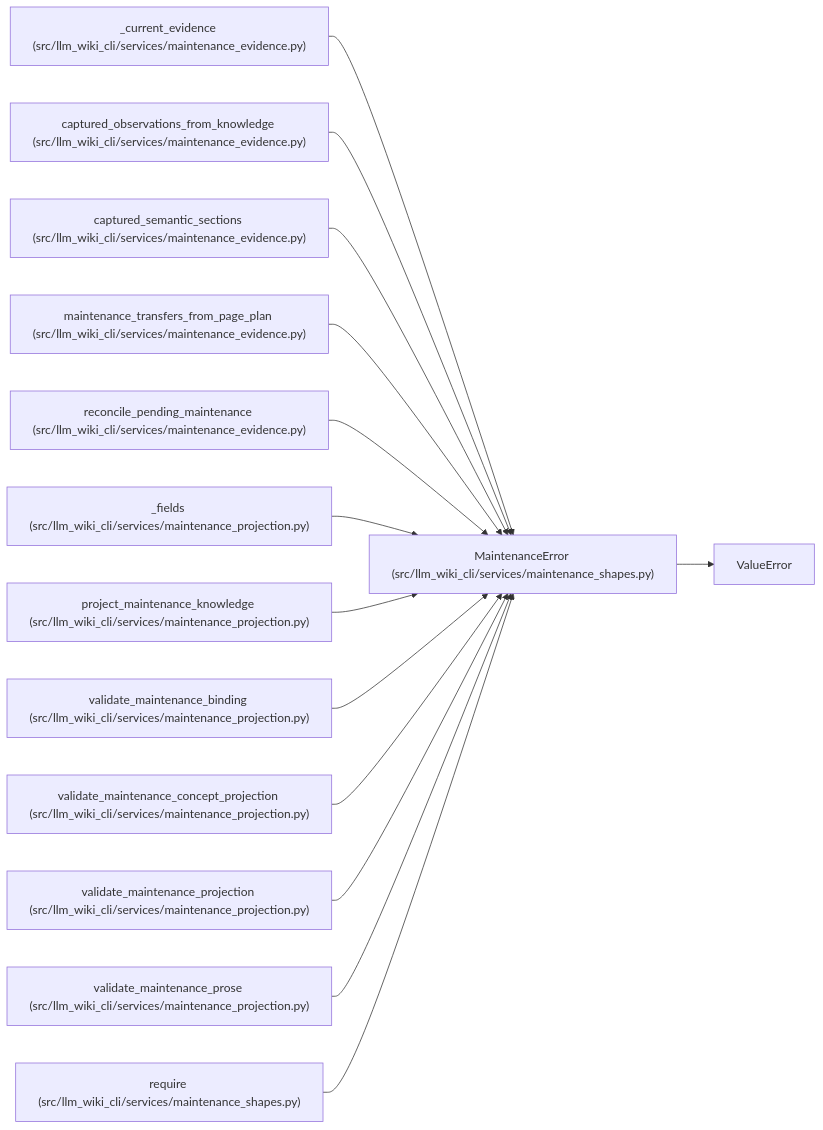
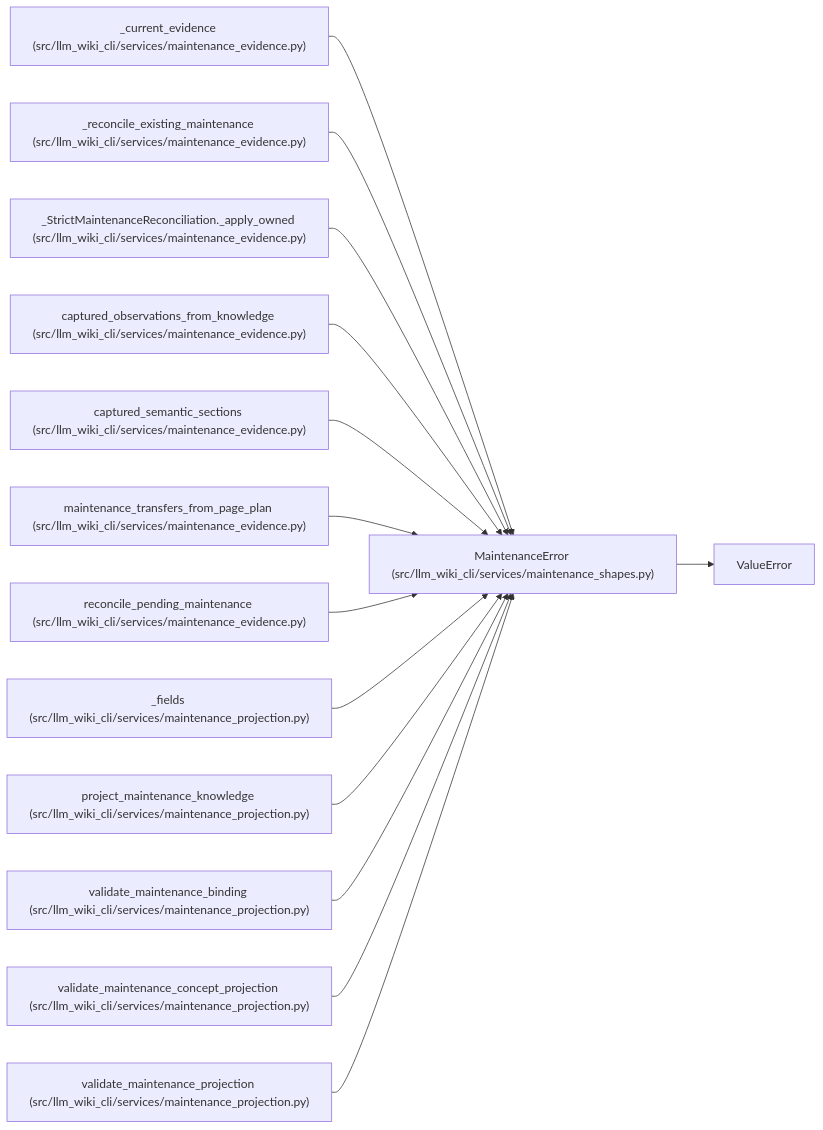
Before and after one commit to Denissvgn/python-wiki-llm: the diagram in docs/llm_wiki/entities/maintenance_shapes_MaintenanceError.md, drawn with Mermaid. The commit also changed other lines of this file and 627 other files, not shown here.

````diff
--- a/docs/llm_wiki/entities/maintenance_shapes_MaintenanceError.md
+++ b/docs/llm_wiki/entities/maintenance_shapes_MaintenanceError.md
@@ -25,43 +25,43 @@
 ```mermaid
 flowchart LR
     n0["MaintenanceError (src/llm_wiki_cli/services/maintenance_shapes.py)"]
     n1["ValueError"]
     n2["_current_evidence (src/llm_wiki_cli/services/maintenance_evidence.py)"]
-    n3["captured_observations_from_knowledge (src/llm_wiki_cli/services/maintenance_evidence.py)"]
-    n4["captured_semantic_sections (src/llm_wiki_cli/services/maintenance_evidence.py)"]
-    n5["maintenance_transfers_from_page_plan (src/llm_wiki_cli/services/maintenance_evidence.py)"]
-    n6["reconcile_pending_maintenance (src/llm_wiki_cli/services/maintenance_evidence.py)"]
-    n7["_fields (src/llm_wiki_cli/services/maintenance_projection.py)"]
-    n8["project_maintenance_knowledge (src/llm_wiki_cli/services/maintenance_projection.py)"]
-    n9["validate_maintenance_binding (src/llm_wiki_cli/services/maintenance_projection.py)"]
-    n10["validate_maintenance_concept_projection (src/llm_wiki_cli/services/maintenance_projection.py)"]
-    n11["validate_maintenance_projection (src/llm_wiki_cli/services/maintenance_projection.py)"]
-    n12["validate_maintenance_prose (src/llm_wiki_cli/services/maintenance_projection.py)"]
-    n13["require (src/llm_wiki_cli/services/maintenance_shapes.py)"]
+    n3["_reconcile_existing_maintenance (src/llm_wiki_cli/services/maintenance_evidence.py)"]
+    n4["_StrictMaintenanceReconciliation._apply_owned (src/llm_wiki_cli/services/maintenance_evidence.py)"]
+    n5["captured_observations_from_knowledge (src/llm_wiki_cli/services/maintenance_evidence.py)"]
+    n6["captured_semantic_sections (src/llm_wiki_cli/services/maintenance_evidence.py)"]
+    n7["maintenance_transfers_from_page_plan (src/llm_wiki_cli/services/maintenance_evidence.py)"]
+    n8["reconcile_pending_maintenance (src/llm_wiki_cli/services/maintenance_evidence.py)"]
+    n9["_fields (src/llm_wiki_cli/services/maintenance_projection.py)"]
+    n10["project_maintenance_knowledge (src/llm_wiki_cli/services/maintenance_projection.py)"]
+    n11["validate_maintenance_binding (src/llm_wiki_cli/services/maintenance_projection.py)"]
+    n12["validate_maintenance_concept_projection (src/llm_wiki_cli/services/maintenance_projection.py)"]
+    n13["validate_maintenance_projection (src/llm_wiki_cli/services/maintenance_projection.py)"]
     n0 --> n1
     n2 --> n0
     n3 --> n0
     n4 --> n0
     n5 --> n0
     n6 --> n0
     n7 --> n0
     n8 --> n0
     n9 --> n0
     n10 --> n0
     n11 --> n0
     n12 --> n0
     n13 --> n0
     click n0 "../modules/maintenance_shapes.md"
     click n2 "../modules/maintenance_evidence.md"
     click n3 "../modules/maintenance_evidence.md"
     click n4 "../modules/maintenance_evidence.md"
     click n5 "../modules/maintenance_evidence.md"
     click n6 "../modules/maintenance_evidence.md"
-    click n7 "../modules/maintenance_projection.md"
-    click n8 "../modules/maintenance_projection.md"
+    click n7 "../modules/maintenance_evidence.md"
+    click n8 "../modules/maintenance_evidence.md"
     click n9 "../modules/maintenance_projection.md"
     click n10 "../modules/maintenance_projection.md"
     click n11 "../modules/maintenance_projection.md"
     click n12 "../modules/maintenance_projection.md"
-    click n13 "../modules/maintenance_shapes.md"
+    click n13 "../modules/maintenance_projection.md"
 ```
````
